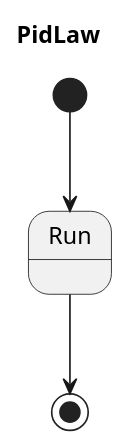
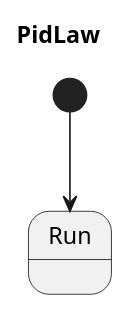
One commit to Pastor/Takt changed the diagram in examples/generated/plantuml/pid_law.puml. Above: the diagram before and after it, drawn with PlantUML. The commit also changed 152 other files, not shown here.

```diff
--- a/examples/generated/plantuml/pid_law.puml
+++ b/examples/generated/plantuml/pid_law.puml
@@ -1,7 +1,6 @@
 @startuml
 title PidLaw
 
 [*] --> Run
-Run --> [*]
 
 @enduml
```
